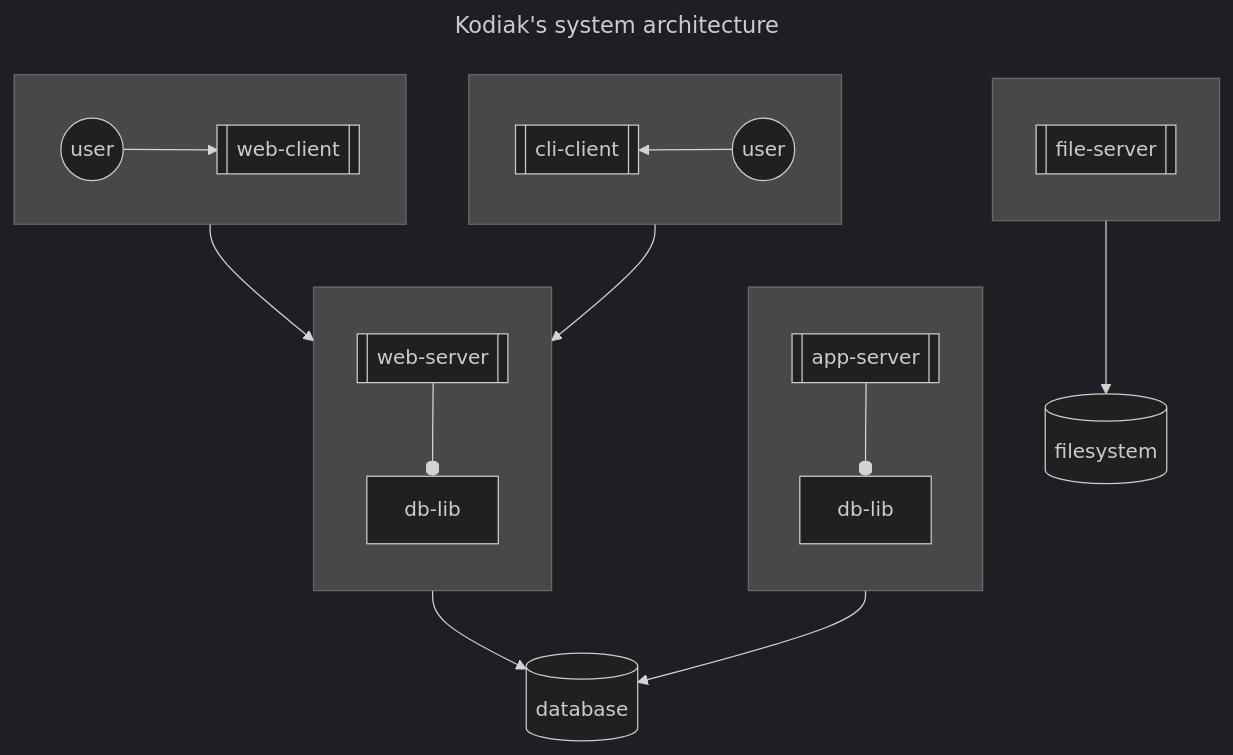
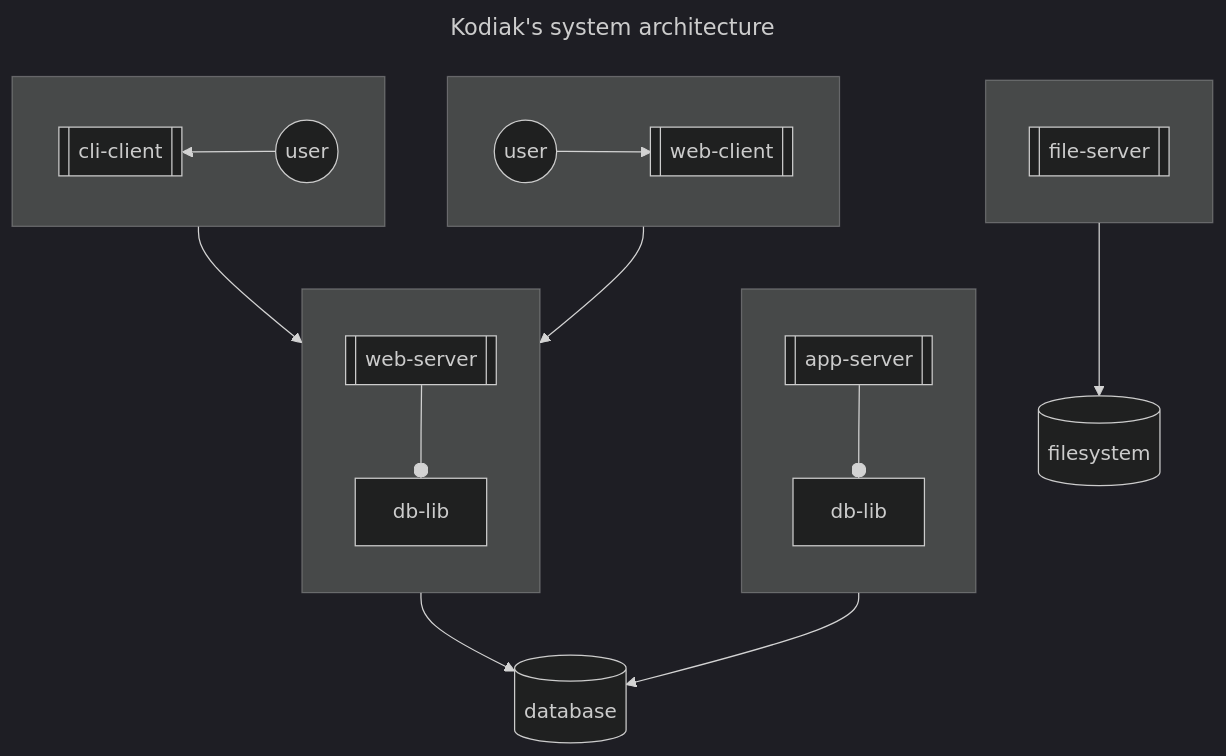
Before and after one commit to polarlabs/kodiak-diagrams: the first of 2 diagrams in SYSTEM-ARCHITECTURE.md, drawn with Mermaid (dark theme).

Commit message:
fix: rearrange arrows.

````diff
--- a/SYSTEM-ARCHITECTURE.md
+++ b/SYSTEM-ARCHITECTURE.md
@@ -5,32 +5,32 @@
 ```mermaid
 ---
 title: Kodiak's system architecture
 ---
 flowchart TB
   direction TB
   subgraph user-web[ ]
     direction LR
     web-user((user)) --> web-client[[web-client]]
   end
   subgraph user-cli[ ]
     direction RL
     cli-user((user)) --> cli-client[[cli-client]]
   end
   subgraph file-server[ ]
     direction TB
     file-server.pro[[file-server]]
   end
   subgraph web-server[ ]
     direction TB
     web-server.pro[[web-server]] --o web-server.db-lib[db-lib]
   end
   subgraph app-server[ ]
     direction TB
     app-server.pro[[app-server]] --o app-server.db-lib[db-lib]
   end
-  user-web --> web-server
-  user-cli --> web-server
+  web-client --> web-server
+  cli-client --> web-server
   file-server --> filesystem[(filesystem)]
   web-server --> database[(database)]
   app-server --> database[(database)]
 ```
````
